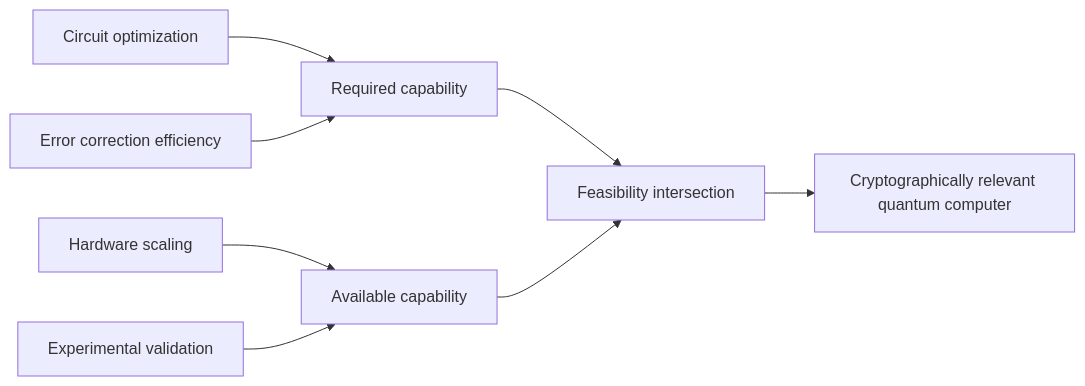
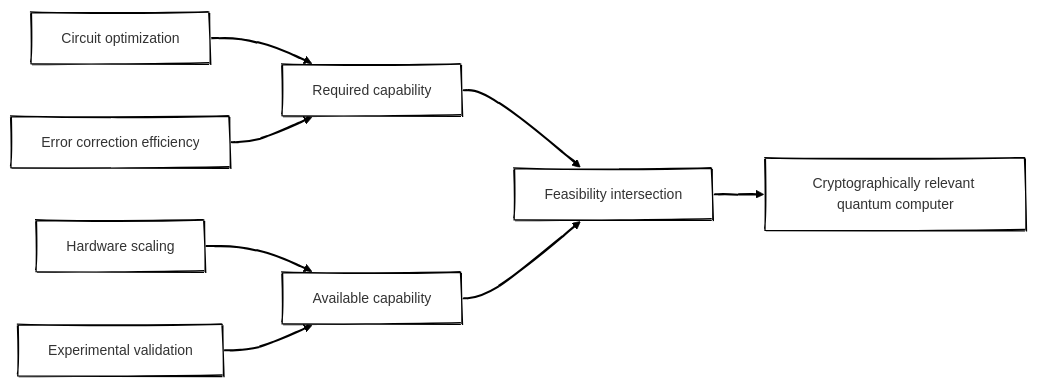
The fourth of 4 diagrams in posts/quantum-cryptography-edge-feasibility-resource-estimates-architectural-divergence-systemic-risk/index.qmd (antomon/antomon.github.io), drawn with Mermaid before and after one commit. The commit also changed other lines of this file and 6 other files, not shown here.

````diff
--- a/posts/quantum-cryptography-edge-feasibility-resource-estimates-architectural-divergence-systemic-risk/index.qmd
+++ b/posts/quantum-cryptography-edge-feasibility-resource-estimates-architectural-divergence-systemic-risk/index.qmd
@@ -347,25 +364,30 @@
 ```{mermaid}
+%%| label: fig-feasibility-intersection
+%%| fig-cap: Intersection between decreasing required capability and increasing available capability leading to cryptographic break feasibility
+%%| fig-alt: Diagram showing required and available capability driven by circuit optimization, error correction, and hardware scaling converging to a feasibility point
+%%| fig-align: center
+%%{init: {"theme": "neo", "look": "handDrawn"}}%%
 flowchart LR
 
     A[Required capability]
     B[Available capability]
 
     A1[Circuit optimization]
     A2[Error correction efficiency]
 
     B1[Hardware scaling]
     B2[Experimental validation]
 
     C[Feasibility intersection]
 
     A1 --> A
     A2 --> A
 
     B1 --> B
     B2 --> B
 
     A --> C
     B --> C
 
     C --> D[Cryptographically relevant quantum computer]
 ```
````
